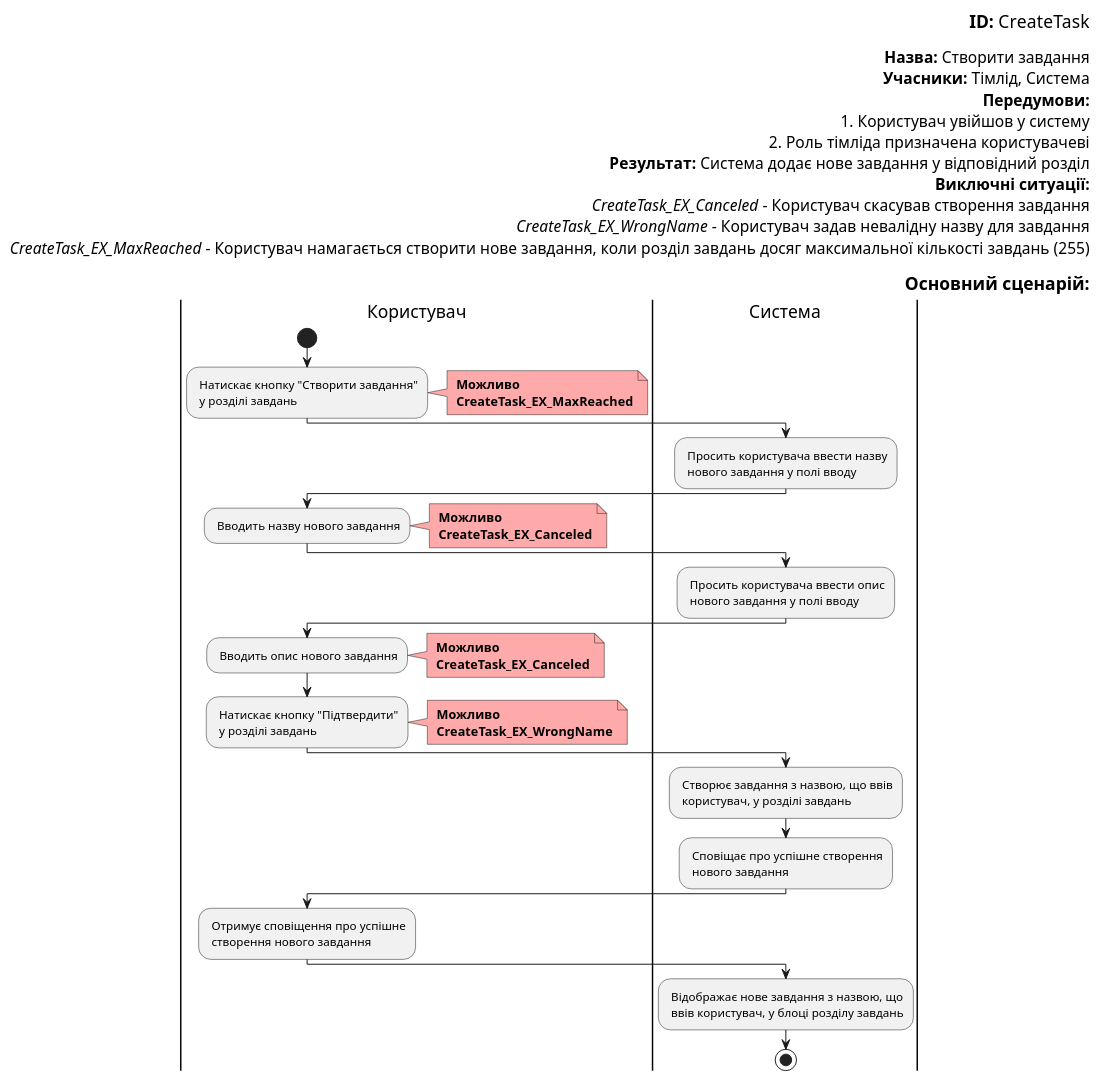
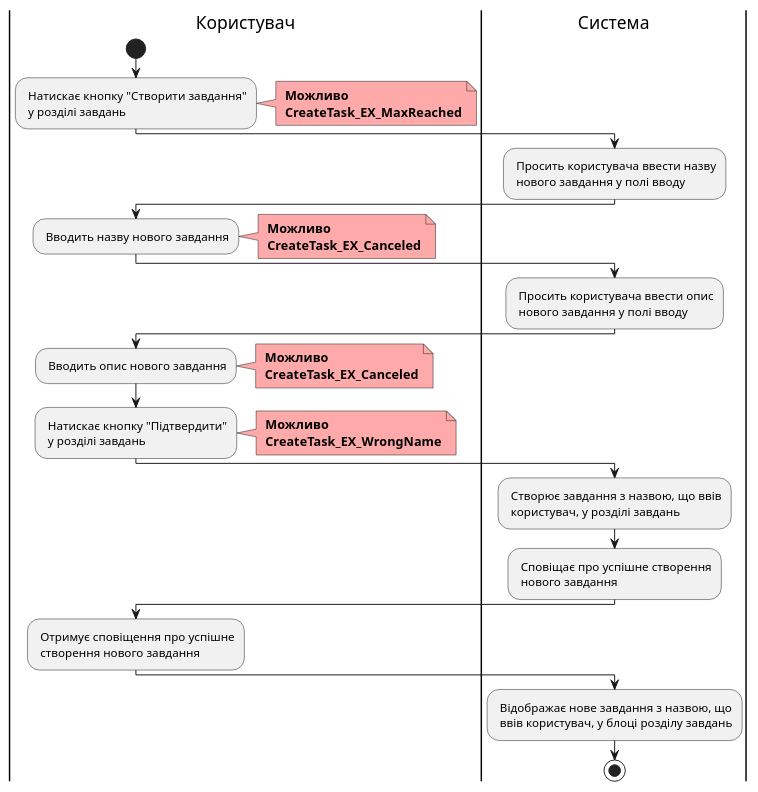
Before and after one commit to boldak/edu-db-cw: diagram 12 of 19 in docs/use cases/README.md, drawn with PlantUML. The commit also changed other lines of this file, not shown here.

```diff
--- a/docs/use cases/README.md
+++ b/docs/use cases/README.md
@@ -708,68 +755,51 @@
 @startuml
-
-    right header        
-        <font color=000 size=18><b>ID:</b> CreateTask
-
-        <font color=000 size=16><b>Назва:</b> Створити завдання
-        <font color=000 size=16><b>Учасники:</b> Тімлід, Система
-        <font color=000 size=16><b>Передумови:</b>
-        <font color=000 size=16>1. Користувач увійшов у систему
-        <font color=000 size=16>2. Роль тімліда призначена користувачеві
-        <font color=000 size=16><b>Результат:</b> Система додає нове завдання у відповідний розділ
-        <font color=000 size=16><b>Виключні ситуації:</b>
-        <font color=000 size=16><i>CreateTask_EX_Canceled</i> - Користувач скасував створення завдання
-        <font color=000 size=16><i>CreateTask_EX_WrongName</i> - Користувач задав невалідну назву для завдання
-        <font color=000 size=16><i>CreateTask_EX_MaxReached</i> - Користувач намагається створити нове завдання, коли розділ завдань досяг максимальної кількості завдань (255)
-        
-        <font color=000 size=18><b>Основний сценарій:</b>
-    end header
 
     |Користувач|
     start
     : Натискає кнопку "Створити завдання"\n у розділі завдань;
     note right #ffaaaa
     <b> Можливо
     <b> CreateTask_EX_MaxReached
     end note
     
     |Система|
     : Просить користувача ввести назву\n нового завдання у полі вводу;
     
     |Користувач|
     : Вводить назву нового завдання;
     note right #ffaaaa
     <b> Можливо
     <b> CreateTask_EX_Canceled
     end note
     
     |Система|
     : Просить користувача ввести опис\n нового завдання у полі вводу;
         
     |Користувач|
     : Вводить опис нового завдання;
     note right #ffaaaa
     <b> Можливо
     <b> CreateTask_EX_Canceled
     end note    
         
     |Користувач|
     : Натискає кнопку "Підтвердити"\n у розділі завдань;
     note right #ffaaaa
     <b> Можливо
     <b> CreateTask_EX_WrongName
     end note
     
     |Система|
     : Створює завдання з назвою, що ввів\n користувач, у розділі завдань;
     
     |Система|
     : Сповіщає про успішне створення\n нового завдання;
     
     |Користувач|
     : Отримує сповіщення про успішне\n створення нового завдання;
     
     |Система|
     : Відображає нове завдання з назвою, що\n ввів користувач, у блоці розділу завдань;
     stop;
 
 @enduml
```
